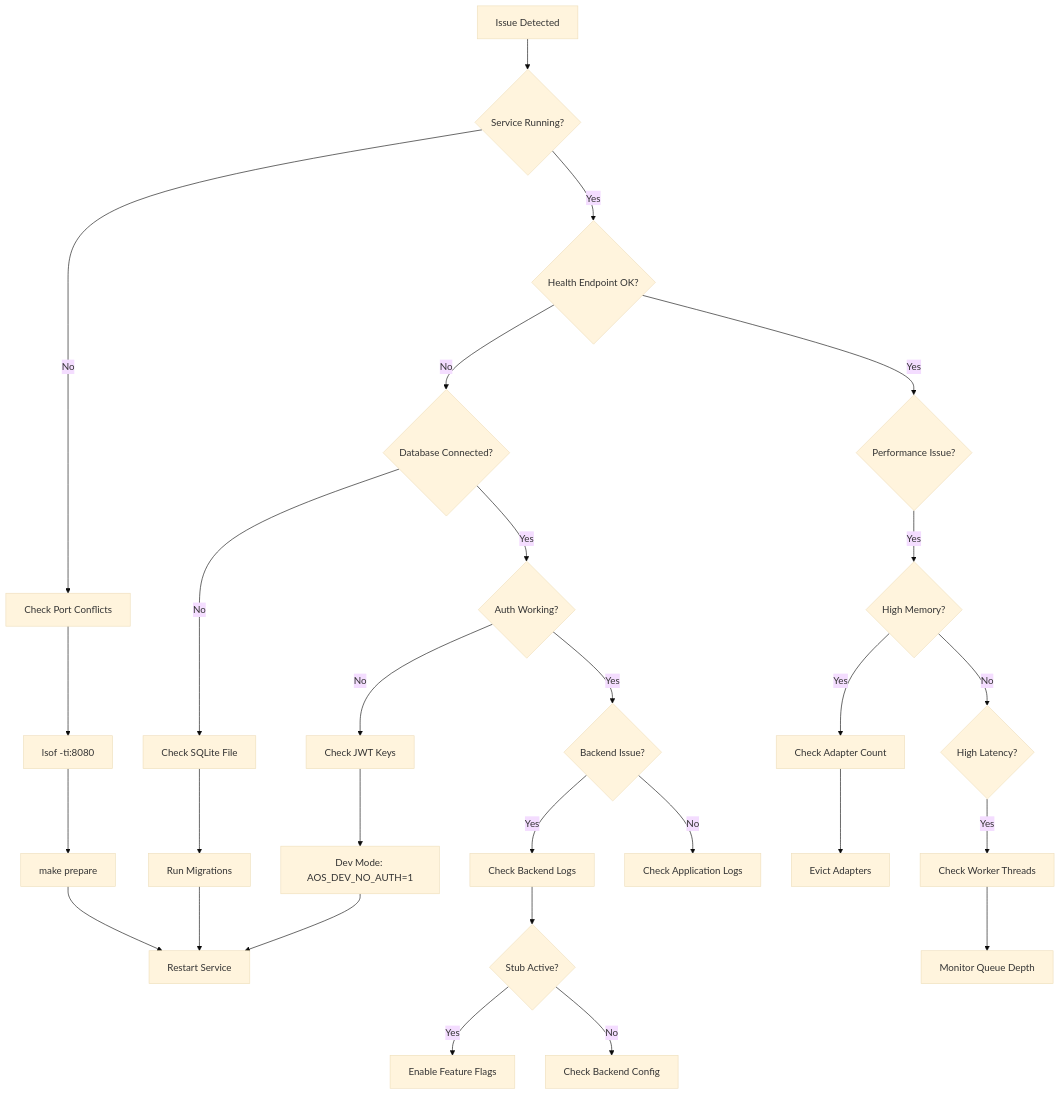
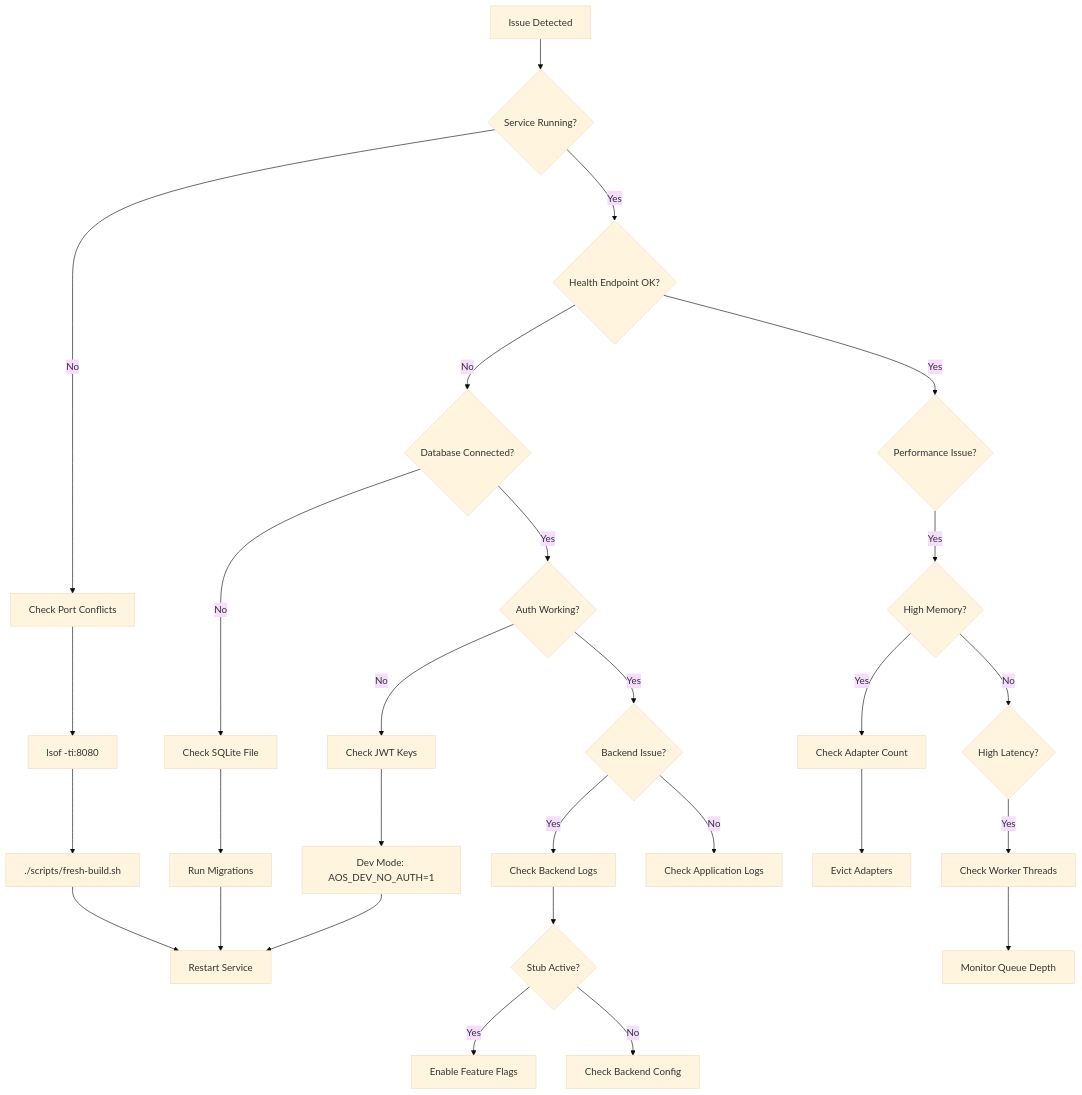
Before and after one commit to rogu3bear/adapter-os: the first of 2 diagrams in docs/TROUBLESHOOTING.md, drawn with Mermaid (base theme). The commit also changed other lines of this file and 57 other files, not shown here.

````diff
--- a/docs/TROUBLESHOOTING.md
+++ b/docs/TROUBLESHOOTING.md
@@ -28,39 +28,39 @@
 ```mermaid
 flowchart TD
     A[Issue Detected] --> B{Service Running?}
     B -->|No| C[Check Port Conflicts]
     B -->|Yes| D{Health Endpoint OK?}
 
     C --> C1[lsof -ti:8080]
-    C1 --> C2[make prepare]
+    C1 --> C2[./scripts/fresh-build.sh]
     C2 --> C3[Restart Service]
 
     D -->|No| E{Database Connected?}
     D -->|Yes| F{Performance Issue?}
 
     E -->|No| E1[Check SQLite File]
     E1 --> E2[Run Migrations]
     E2 --> C3
 
     E -->|Yes| G{Auth Working?}
 
     G -->|No| G1[Check JWT Keys]
     G1 --> G2[Dev Mode: AOS_DEV_NO_AUTH=1]
     G2 --> C3
 
     G -->|Yes| H{Backend Issue?}
 
     H -->|Yes| I[Check Backend Logs]
     I --> J{Stub Active?}
     J -->|Yes| K[Enable Feature Flags]
     J -->|No| L[Check Backend Config]
 
     F -->|Yes| M{High Memory?}
     M -->|Yes| M1[Check Adapter Count]
     M1 --> M2[Evict Adapters]
     M -->|No| N{High Latency?}
     N -->|Yes| N1[Check Worker Threads]
     N1 --> N2[Monitor Queue Depth]
 
     H -->|No| O[Check Application Logs]
 ```
````
